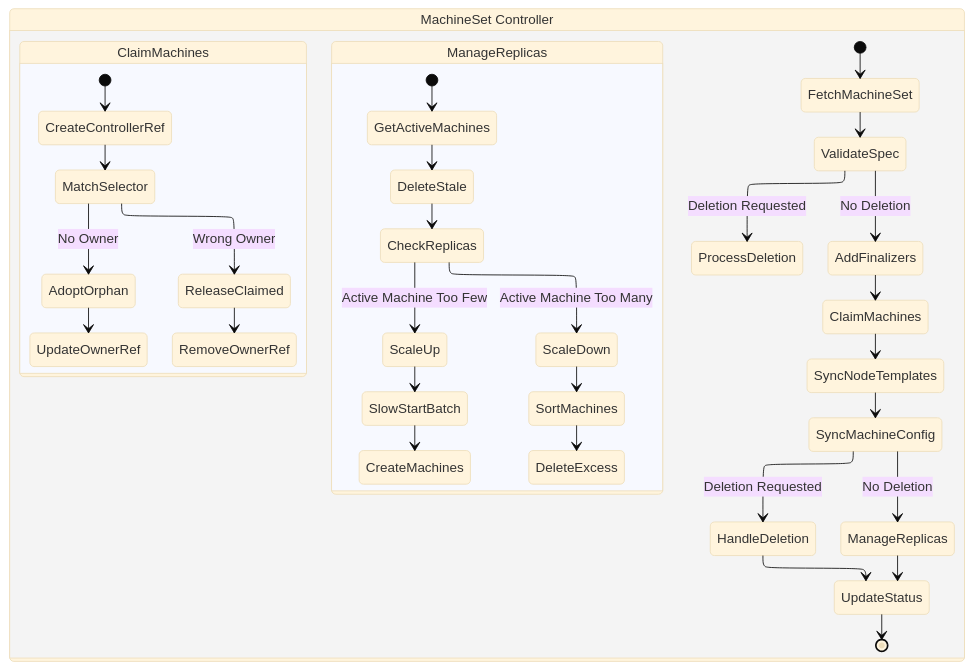
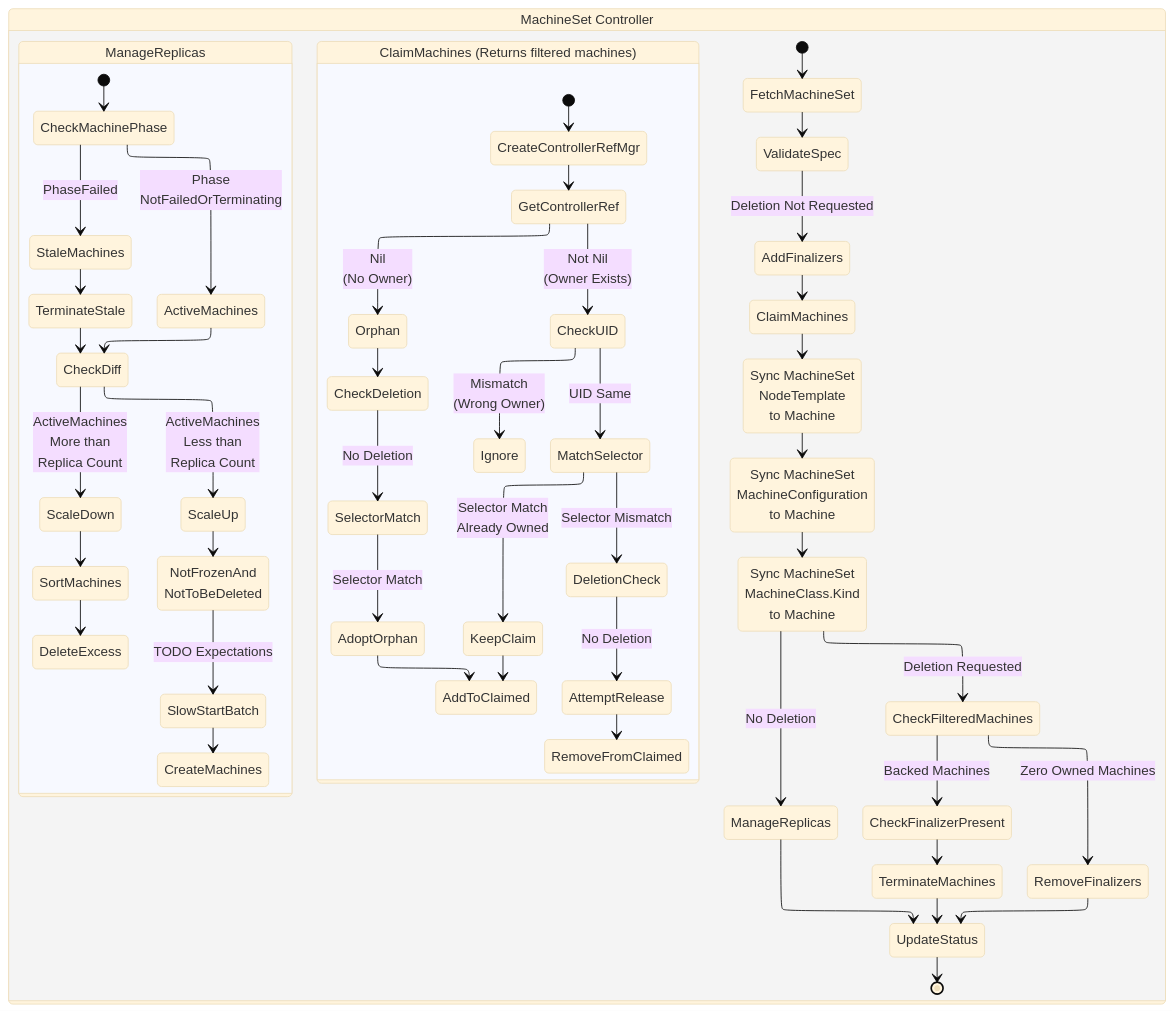
One commit to brongulus/brongulus.github.io changed diagram 12 of 13 in content/notes/2fast2mcm.md. Above: the diagram before and after it, drawn with Mermaid (base theme). The commit also changed other lines of this file and 130 other files, not shown here.

````diff
--- a/content/notes/2fast2mcm.md
+++ b/content/notes/2fast2mcm.md
@@ -620,49 +623,74 @@
 ```mermaid
 ---
   config:
     layout: elk
 ---
 stateDiagram-v2
     state "MachineSet Controller" as MSC {
+        state "Sync MachineSet<br/>NodeTemplate<br/>to Machine" as SyncNodeTemplates
+        state "Sync MachineSet<br/>MachineConfiguration<br/>to Machine" as SyncMachineConfig
+        state "Sync MachineSet<br/>MachineClass.Kind<br/>to Machine" as SyncMachineKind
+
         [*] --> FetchMachineSet
         FetchMachineSet --> ValidateSpec
-        ValidateSpec --> AddFinalizers : No Deletion
-        ValidateSpec --> ProcessDeletion : Deletion Requested
+        ValidateSpec --> AddFinalizers : Deletion Not Requested
         
         AddFinalizers --> ClaimMachines
         
-        state "ClaimMachines" as CM {
-            [*] --> CreateControllerRef
-            CreateControllerRef --> MatchSelector
-            MatchSelector --> AdoptOrphan : No Owner
-            MatchSelector --> ReleaseClaimed : Wrong Owner
+        state "ClaimMachines (Returns filtered machines)" as CM {
+            [*] --> CreateControllerRefMgr
+            CreateControllerRefMgr --> GetControllerRef
+            GetControllerRef --> Orphan : Nil<br/>(No Owner)
+            GetControllerRef --> CheckUID : Not Nil<br/>(Owner Exists)
             
-            AdoptOrphan --> UpdateOwnerRef
-            ReleaseClaimed --> RemoveOwnerRef
+            CheckUID --> Ignore : Mismatch<br/>(Wrong Owner)
+            CheckUID --> MatchSelector : UID Same
+            Orphan --> CheckDeletion
+            CheckDeletion --> SelectorMatch : No Deletion
+            SelectorMatch --> AdoptOrphan : Selector Match
+            
+            MatchSelector --> KeepClaim : Selector Match<br/>Already Owned
+            MatchSelector --> DeletionCheck : Selector Mismatch
+            DeletionCheck --> AttemptRelease : No Deletion
+
+            KeepClaim --> AddToClaimed
+            AdoptOrphan --> AddToClaimed
+            AttemptRelease --> RemoveFromClaimed
         }
         
         ClaimMachines --> SyncNodeTemplates
         SyncNodeTemplates --> SyncMachineConfig
-        SyncMachineConfig --> HandleDeletion : Deletion Requested
-        SyncMachineConfig --> ManageReplicas : No Deletion
-        
+        SyncMachineConfig --> SyncMachineKind
+        SyncMachineKind --> CheckFilteredMachines : Deletion Requested
+        SyncMachineKind --> ManageReplicas : No Deletion
+
+        CheckFilteredMachines --> RemoveFinalizers : Zero Owned Machines
+        CheckFilteredMachines --> CheckFinalizerPresent : Backed Machines
+        CheckFinalizerPresent --> TerminateMachines
+        RemoveFinalizers --> UpdateStatus
+        TerminateMachines --> UpdateStatus
+
         state "ManageReplicas" as MR {
-            [*] --> GetActiveMachines
-            GetActiveMachines --> DeleteStale
-            DeleteStale --> CheckReplicas
+            [*] --> CheckMachinePhase
+            CheckMachinePhase --> ActiveMachines : Phase<br/>NotFailedOrTerminating
+            CheckMachinePhase --> StaleMachines : PhaseFailed
+
+            ActiveMachines --> CheckDiff
+            StaleMachines --> TerminateStale
+            TerminateStale --> CheckDiff
             
-            CheckReplicas --> ScaleUp : Active Machine Too Few
-            CheckReplicas --> ScaleDown : Active Machine Too Many
+            CheckDiff --> ScaleUp : ActiveMachines<br/>Less than<br/>Replica Count
+            CheckDiff --> ScaleDown : ActiveMachines<br/>More than<br/>Replica Count
             
-            ScaleUp --> SlowStartBatch
+            ScaleUp --> NotFrozenAnd<br/>NotToBeDeleted
+            NotFrozenAnd<br/>NotToBeDeleted --> SlowStartBatch : TODO Expectations
             SlowStartBatch --> CreateMachines
             
             ScaleDown --> SortMachines
             SortMachines --> DeleteExcess
         }
         
         ManageReplicas --> UpdateStatus
-        HandleDeletion --> UpdateStatus
         UpdateStatus --> [*]
     }
 ```
````
